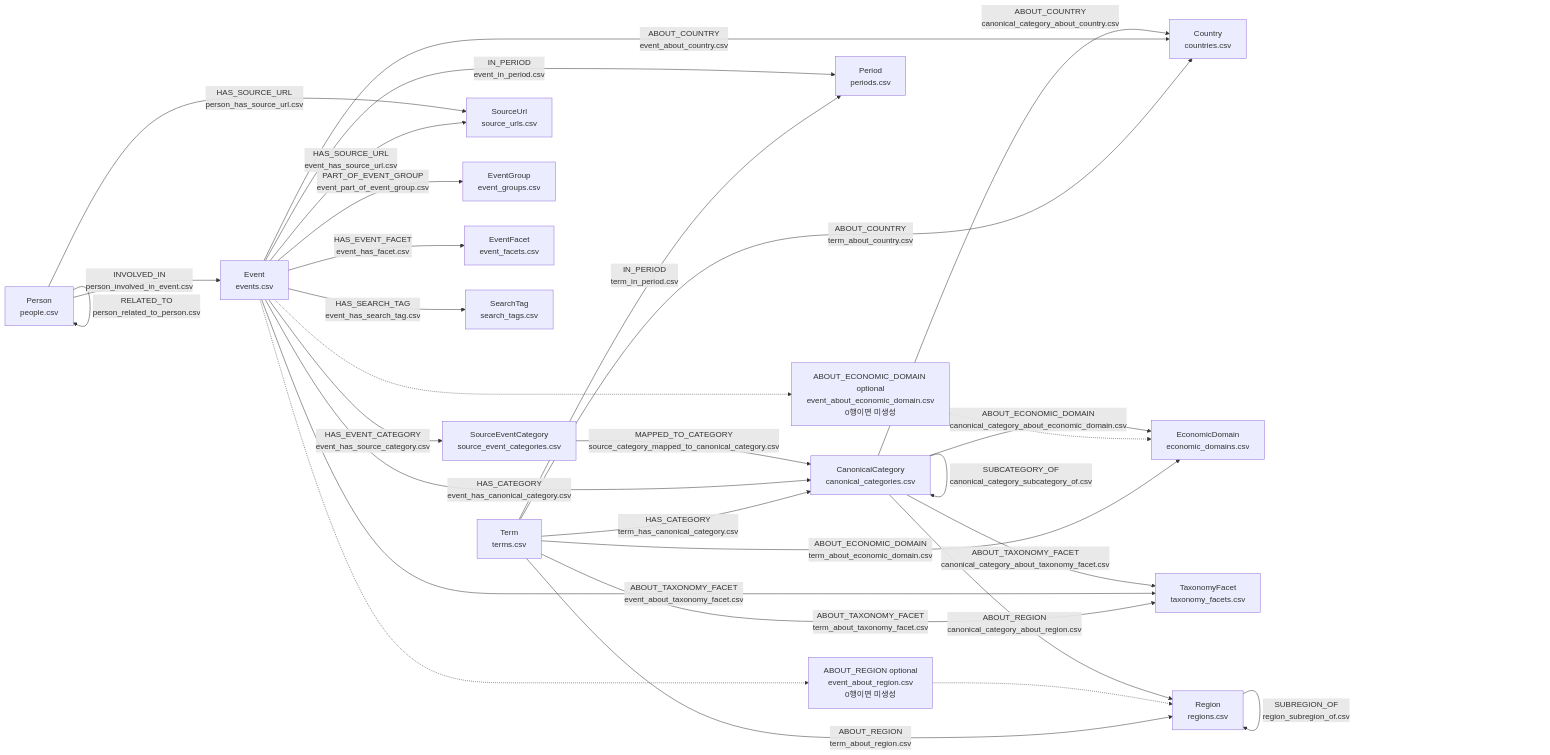
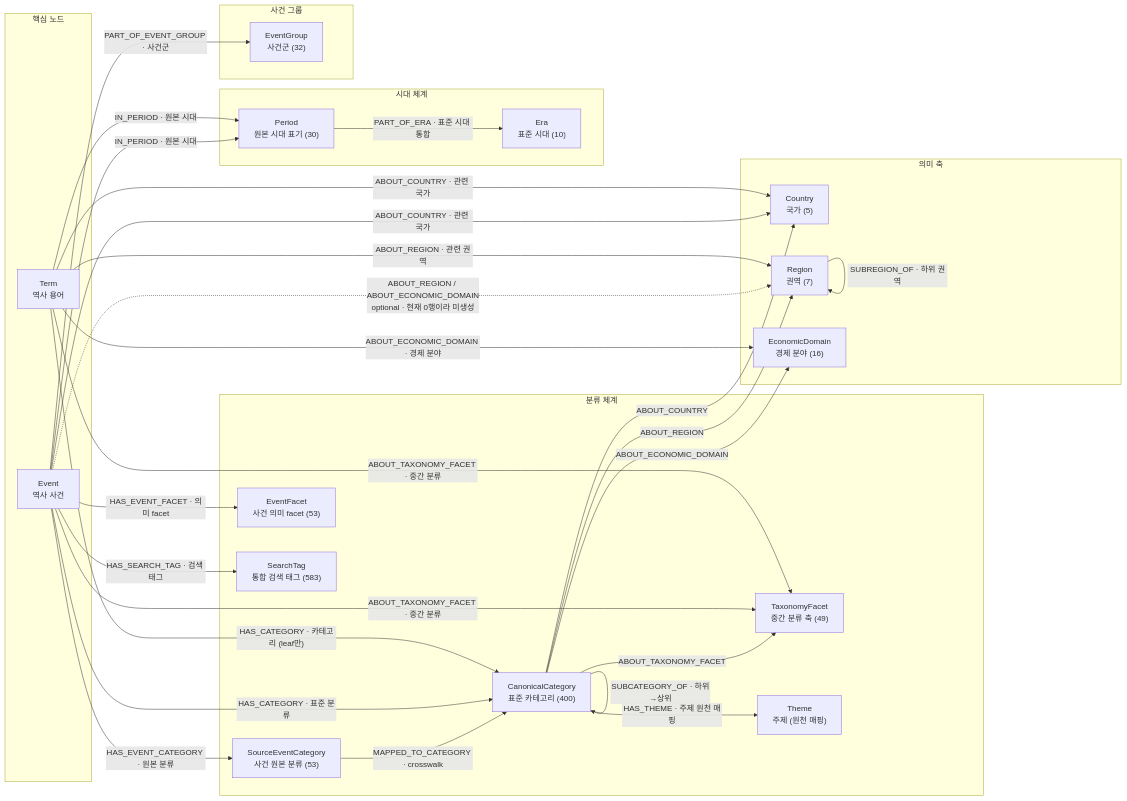
Before and after one commit to SKNETWORKS-FAMILY-AICAMP/SKN27-FINAL-2Team: diagram 11 of 20 in docs/neo4j/neo4j_implementation_mermaid_flow.md, drawn with Mermaid. The commit also changed other lines of this file and 21 other files, not shown here.

````diff
--- a/docs/neo4j/neo4j_implementation_mermaid_flow.md
+++ b/docs/neo4j/neo4j_implementation_mermaid_flow.md
@@ -455,53 +494,58 @@
 ```mermaid
 flowchart LR
-    term["Term<br/>terms.csv"]
-    event["Event<br/>events.csv"]
-    person["Person<br/>people.csv"]
-    category["CanonicalCategory<br/>canonical_categories.csv"]
-    source_cat["SourceEventCategory<br/>source_event_categories.csv"]
-    period["Period<br/>periods.csv"]
-    source_url["SourceUrl<br/>source_urls.csv"]
-    event_group["EventGroup<br/>event_groups.csv"]
-    event_facet["EventFacet<br/>event_facets.csv"]
-    country["Country<br/>countries.csv"]
-    region["Region<br/>regions.csv"]
-    economic["EconomicDomain<br/>economic_domains.csv"]
-    taxonomy_facet["TaxonomyFacet<br/>taxonomy_facets.csv"]
-    search_tag["SearchTag<br/>search_tags.csv"]
+    subgraph core2["핵심 노드"]
+        term2["Term<br/>역사 용어"]
+        event2["Event<br/>역사 사건"]
+    end
 
-    term -->|"HAS_CATEGORY<br/>term_has_canonical_category.csv"| category
-    term -->|"IN_PERIOD<br/>term_in_period.csv"| period
-    term -->|"ABOUT_COUNTRY<br/>term_about_country.csv"| country
-    term -->|"ABOUT_REGION<br/>term_about_region.csv"| region
-    term -->|"ABOUT_ECONOMIC_DOMAIN<br/>term_about_economic_domain.csv"| economic
-    term -->|"ABOUT_TAXONOMY_FACET<br/>term_about_taxonomy_facet.csv"| taxonomy_facet
+    subgraph classify["분류 체계"]
+        category["CanonicalCategory<br/>표준 카테고리 (400)"]
+        source_cat["SourceEventCategory<br/>사건 원본 분류 (53)"]
+        event_facet["EventFacet<br/>사건 의미 facet (53)"]
+        taxonomy_facet["TaxonomyFacet<br/>중간 분류 축 (49)"]
+        search_tag["SearchTag<br/>통합 검색 태그 (583)"]
+        theme2["Theme<br/>주제 (원천 매핑)"]
+    end
 
-    event -->|"HAS_EVENT_CATEGORY<br/>event_has_source_category.csv"| source_cat
-    event -->|"HAS_CATEGORY<br/>event_has_canonical_category.csv"| category
-    event -->|"HAS_EVENT_FACET<br/>event_has_facet.csv"| event_facet
-    event -->|"IN_PERIOD<br/>event_in_period.csv"| period
-    event -->|"PART_OF_EVENT_GROUP<br/>event_part_of_event_group.csv"| event_group
-    event -->|"HAS_SOURCE_URL<br/>event_has_source_url.csv"| source_url
-    event -->|"HAS_SEARCH_TAG<br/>event_has_search_tag.csv"| search_tag
-    event -->|"ABOUT_COUNTRY<br/>event_about_country.csv"| country
-    opt_event_region["ABOUT_REGION optional<br/>event_about_region.csv<br/>0행이면 미생성"]
-    opt_event_economic["ABOUT_ECONOMIC_DOMAIN optional<br/>event_about_economic_domain.csv<br/>0행이면 미생성"]
+    subgraph time["시대 체계"]
+        period["Period<br/>원본 시대 표기 (30)"]
+        era2["Era<br/>표준 시대 (10)"]
+    end
 
-    event -.-> opt_event_region
-    opt_event_region -.-> region
-    event -.-> opt_event_economic
-    opt_event_economic -.-> economic
-    event -->|"ABOUT_TAXONOMY_FACET<br/>event_about_taxonomy_facet.csv"| taxonomy_facet
+    subgraph axis["의미 축"]
+        country["Country<br/>국가 (5)"]
+        region["Region<br/>권역 (7)"]
+        economic["EconomicDomain<br/>경제 분야 (16)"]
+    end
 
-    person -->|"INVOLVED_IN<br/>person_involved_in_event.csv"| event
-    person -->|"RELATED_TO<br/>person_related_to_person.csv"| person
-    person -->|"HAS_SOURCE_URL<br/>person_has_source_url.csv"| source_url
+    subgraph grp["사건 그룹"]
+        event_group["EventGroup<br/>사건군 (32)"]
+    end
 
-    category -->|"SUBCATEGORY_OF<br/>canonical_category_subcategory_of.csv"| category
-    source_cat -->|"MAPPED_TO_CATEGORY<br/>source_category_mapped_to_canonical_category.csv"| category
-    category -->|"ABOUT_COUNTRY<br/>canonical_category_about_country.csv"| country
-    category -->|"ABOUT_REGION<br/>canonical_category_about_region.csv"| region
-    category -->|"ABOUT_ECONOMIC_DOMAIN<br/>canonical_category_about_economic_domain.csv"| economic
-    category -->|"ABOUT_TAXONOMY_FACET<br/>canonical_category_about_taxonomy_facet.csv"| taxonomy_facet
-    region -->|"SUBREGION_OF<br/>region_subregion_of.csv"| region
+    term2 -->|"HAS_CATEGORY · 카테고리 (leaf만)"| category
+    term2 -->|"IN_PERIOD · 원본 시대"| period
+    term2 -->|"ABOUT_COUNTRY · 관련 국가"| country
+    term2 -->|"ABOUT_REGION · 관련 권역"| region
+    term2 -->|"ABOUT_ECONOMIC_DOMAIN · 경제 분야"| economic
+    term2 -->|"ABOUT_TAXONOMY_FACET · 중간 분류"| taxonomy_facet
+
+    event2 -->|"HAS_EVENT_CATEGORY · 원본 분류"| source_cat
+    event2 -->|"HAS_CATEGORY · 표준 분류"| category
+    event2 -->|"HAS_EVENT_FACET · 의미 facet"| event_facet
+    event2 -->|"IN_PERIOD · 원본 시대"| period
+    event2 -->|"PART_OF_EVENT_GROUP · 사건군"| event_group
+    event2 -->|"HAS_SEARCH_TAG · 검색 태그"| search_tag
+    event2 -->|"ABOUT_COUNTRY · 관련 국가"| country
+    event2 -->|"ABOUT_TAXONOMY_FACET · 중간 분류"| taxonomy_facet
+    event2 -.->|"ABOUT_REGION / ABOUT_ECONOMIC_DOMAIN<br/>optional · 현재 0행이라 미생성"| region
+
+    category -->|"SUBCATEGORY_OF · 하위→상위"| category
+    category -->|"HAS_THEME · 주제 원천 매핑"| theme2
+    source_cat -->|"MAPPED_TO_CATEGORY · crosswalk"| category
+    category -->|"ABOUT_COUNTRY"| country
+    category -->|"ABOUT_REGION"| region
+    category -->|"ABOUT_ECONOMIC_DOMAIN"| economic
+    category -->|"ABOUT_TAXONOMY_FACET"| taxonomy_facet
+    region -->|"SUBREGION_OF · 하위 권역"| region
+    period -->|"PART_OF_ERA · 표준 시대 통합"| era2
 ```
````
